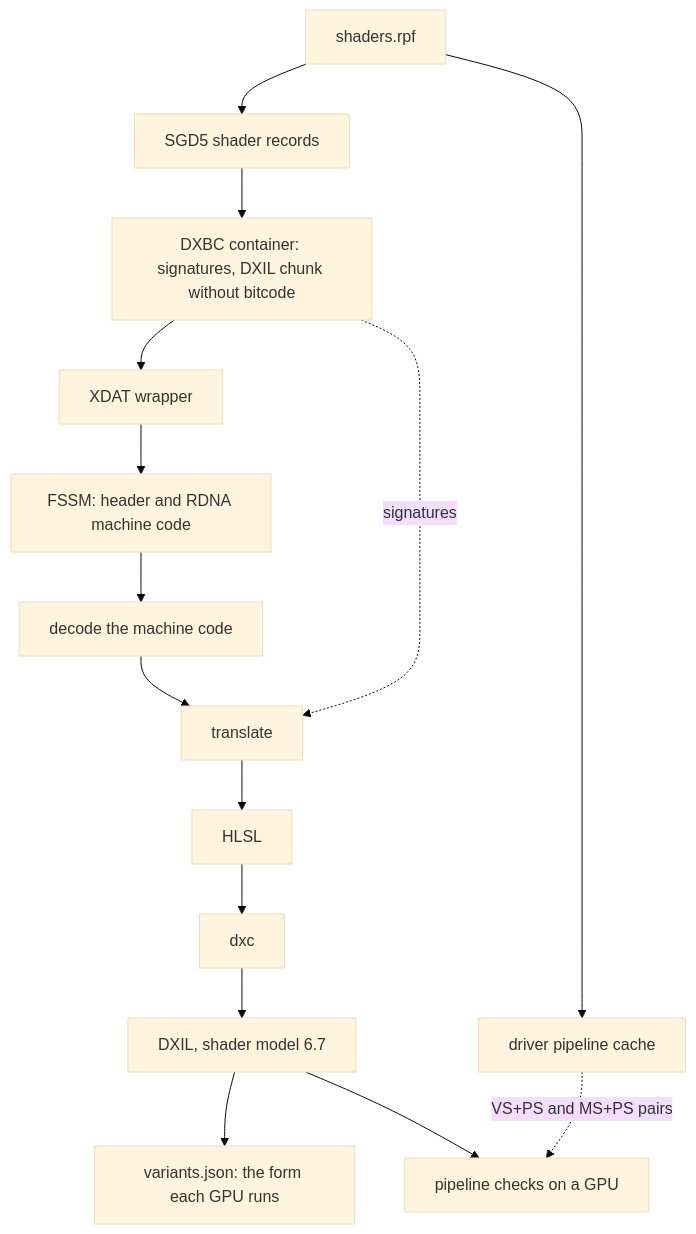
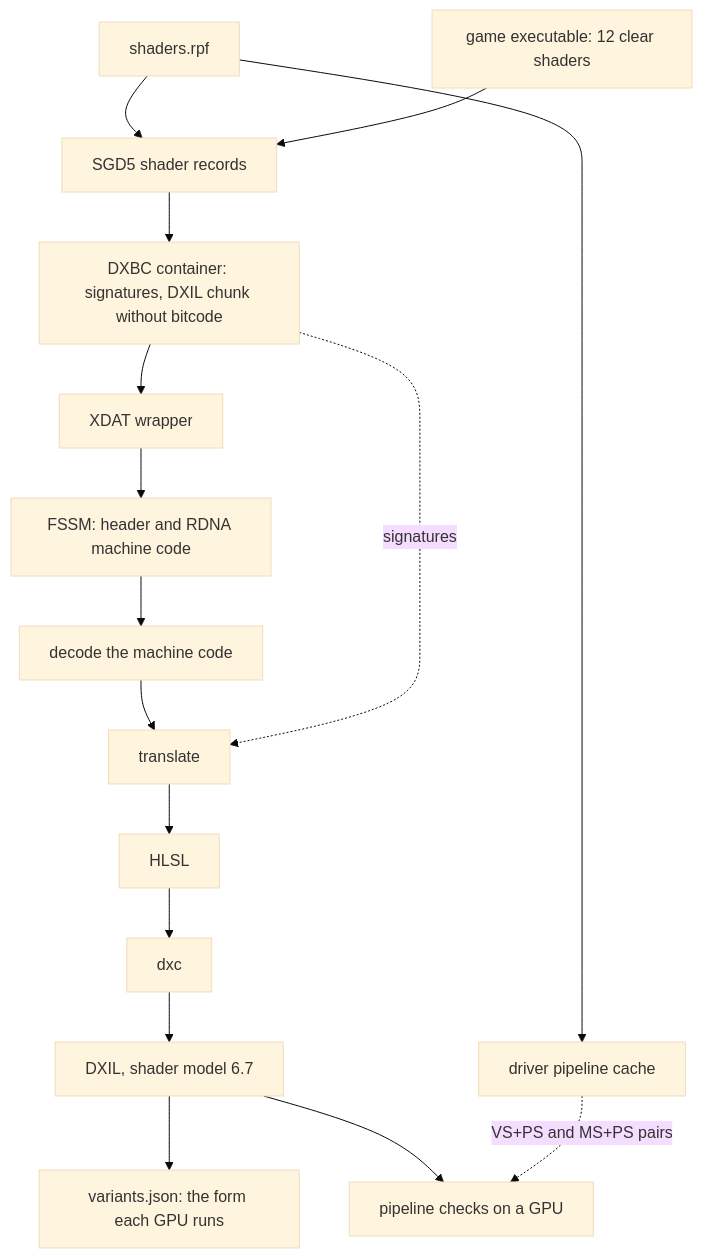
The diagram in docs/wiki/Shader-Translation.md (Elijah-J/five-star-recomp), drawn with Mermaid (base theme) before and after one commit. The commit also changed 16 other files, not shown here.

First line of the commit message:
Shaders: extract the executable's clear shaders and records the scan skipped

````diff
--- a/docs/wiki/Shader-Translation.md
+++ b/docs/wiki/Shader-Translation.md
@@ -7,17 +7,18 @@
 ```mermaid
 flowchart TD
   rpf["shaders.rpf"] --> sgd["SGD5 shader records"]
+  exe["game executable: 12 clear shaders"] --> sgd
   sgd --> dxbc["DXBC container: signatures, DXIL chunk without bitcode"]
   dxbc --> xdat["XDAT wrapper"]
   xdat --> fssm["FSSM: header and RDNA machine code"]
   fssm --> decode["decode the machine code"]
   decode --> translate["translate"]
   dxbc -.->|"signatures"| translate
   translate --> hlsl["HLSL"]
   hlsl --> dxc["dxc"]
   dxc --> dxil["DXIL, shader model 6.7"]
   dxil --> variants["variants.json: the form each GPU runs"]
   dxil --> pso["pipeline checks on a GPU"]
   rpf --> cache["driver pipeline cache"]
   cache -.->|"VS+PS and MS+PS pairs"| pso
 ```
````
